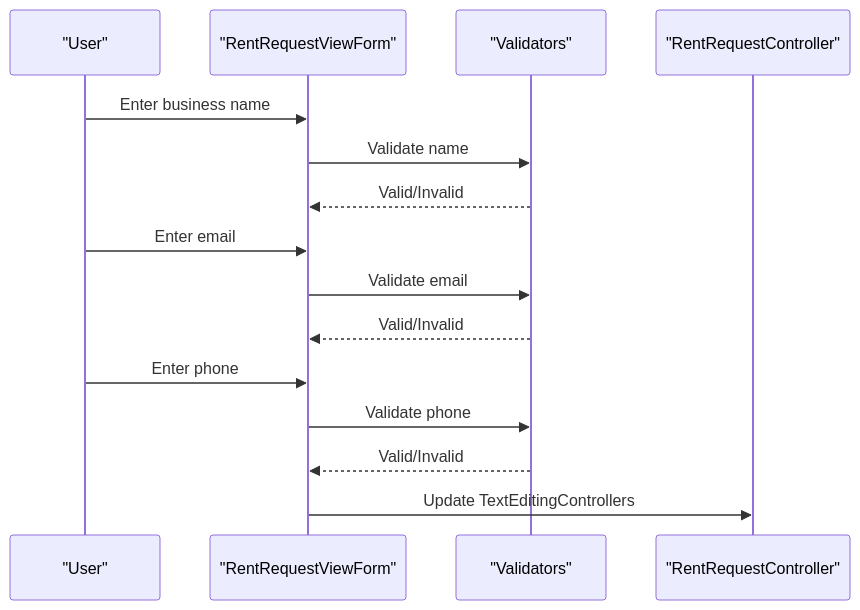
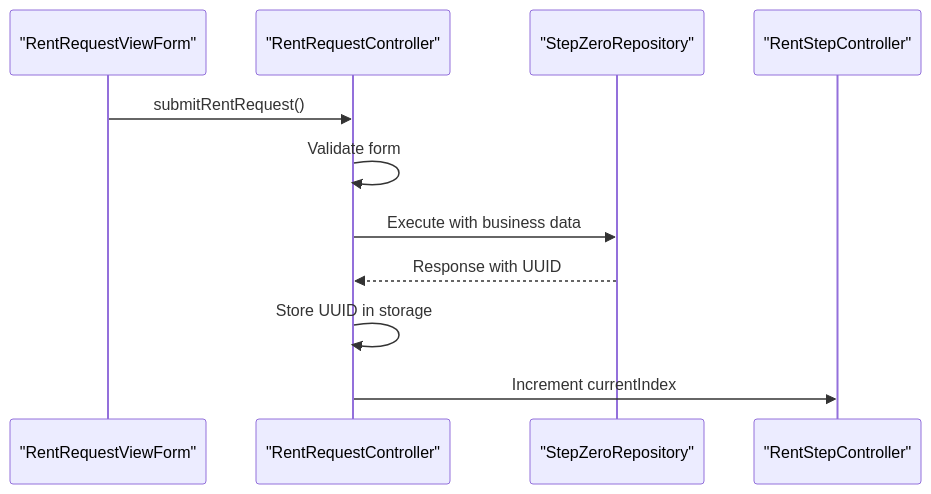
One commit to Ariful3111/FurniGo changed the fourth of 6 diagrams in .qoder/repowiki/en/content/Core Features/Business Services/Rent Furniture System.md. Above: the diagram before and after it, drawn with Mermaid. The commit also changed other lines of this file and 9 other files, not shown here.

Commit message:
Zero Step Completed

````diff
--- a/.qoder/repowiki/en/content/Core Features/Business Services/Rent Furniture System.md
+++ b/.qoder/repowiki/en/content/Core Features/Business Services/Rent Furniture System.md
@@ -234,17 +202,13 @@
 ```mermaid
 sequenceDiagram
-participant User as "User"
 participant Form as "RentRequestViewForm"
-participant Validator as "Validators"
 participant Controller as "RentRequestController"
-User->>Form : Enter business name
-Form->>Validator : Validate name
-Validator-->>Form : Valid/Invalid
-User->>Form : Enter email
-Form->>Validator : Validate email
-Validator-->>Form : Valid/Invalid
-User->>Form : Enter phone
-Form->>Validator : Validate phone
-Validator-->>Form : Valid/Invalid
-Form->>Controller : Update TextEditingControllers
+participant Repo as "StepZeroRepository"
+participant StepController as "RentStepController"
+Form->>Controller : submitRentRequest()
+Controller->>Controller : Validate form
+Controller->>Repo : Execute with business data
+Repo-->>Controller : Response with UUID
+Controller->>Controller : Store UUID in storage
+Controller->>StepController : Increment currentIndex
 ```
````
